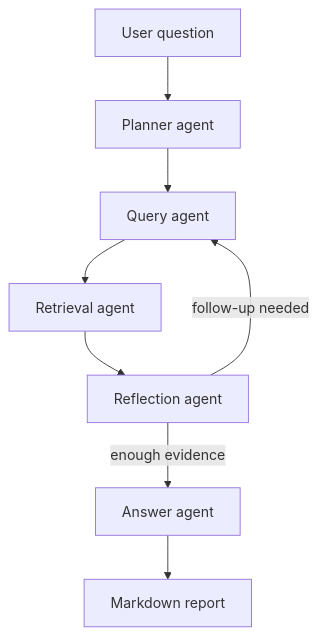
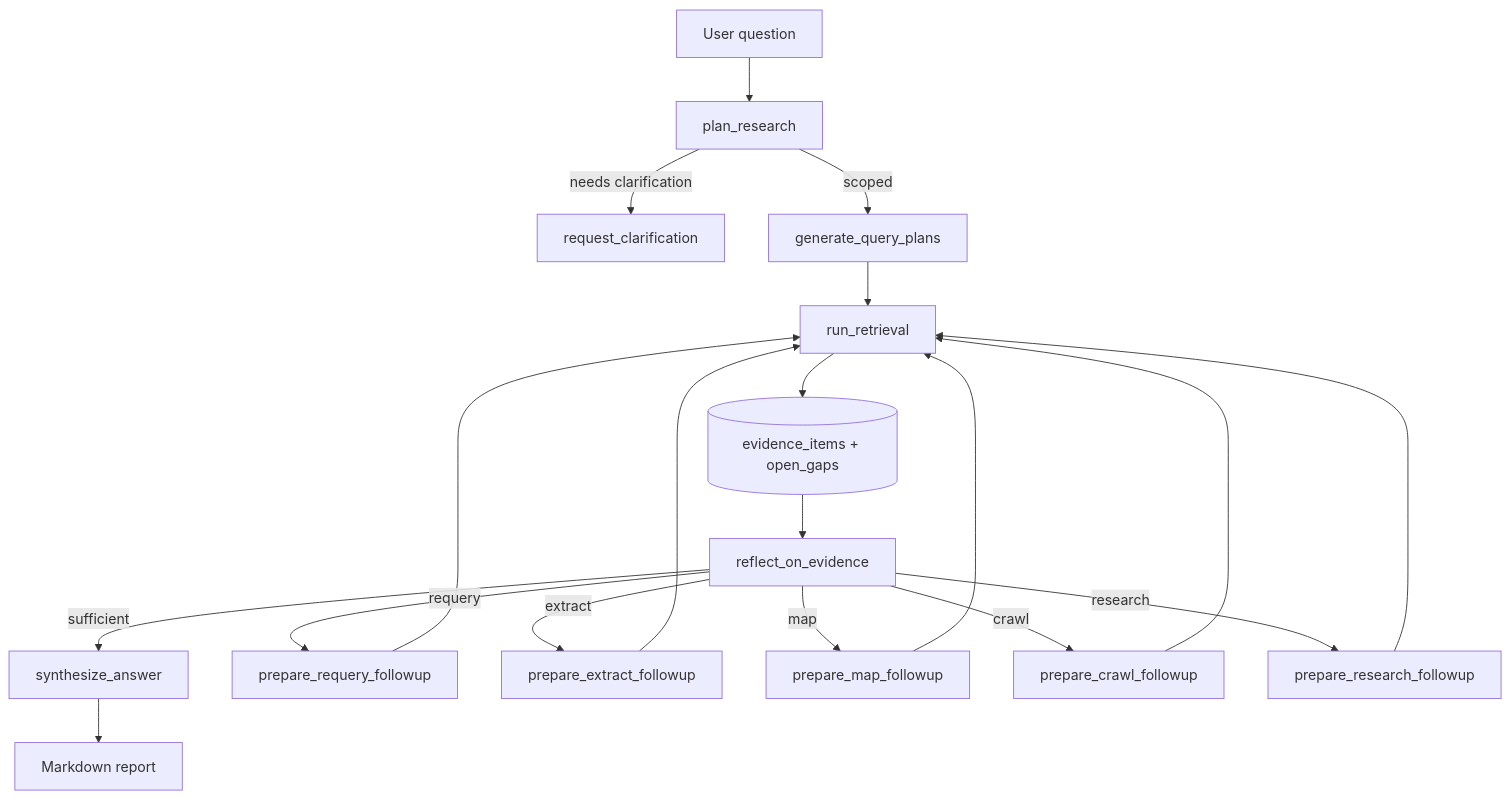
Before and after one commit to pr1m8/perplexity-at-home: the first of 2 diagrams in docs/architecture.md, drawn with Mermaid. The commit also changed other lines of this file and 16 other files, not shown here.

````diff
--- a/docs/architecture.md
+++ b/docs/architecture.md
@@ -5,10 +5,21 @@
 ```mermaid
 flowchart TD
-    A[User question] --> B[Planner agent]
-    B --> C[Query agent]
-    C --> D[Retrieval agent]
-    D --> E[Reflection agent]
-    E -->|enough evidence| F[Answer agent]
-    E -->|follow-up needed| C
-    F --> G[Markdown report]
+    A[User question] --> B[plan_research]
+    B -->|needs clarification| C[request_clarification]
+    B -->|scoped| D[generate_query_plans]
+    D --> E[run_retrieval]
+    E --> F[(evidence_items + open_gaps)]
+    F --> G[reflect_on_evidence]
+    G -->|sufficient| H[synthesize_answer]
+    G -->|requery| I[prepare_requery_followup]
+    G -->|extract| J[prepare_extract_followup]
+    G -->|map| K[prepare_map_followup]
+    G -->|crawl| L[prepare_crawl_followup]
+    G -->|research| M[prepare_research_followup]
+    I --> E
+    J --> E
+    K --> E
+    L --> E
+    M --> E
+    H --> N[Markdown report]
 ```
````
